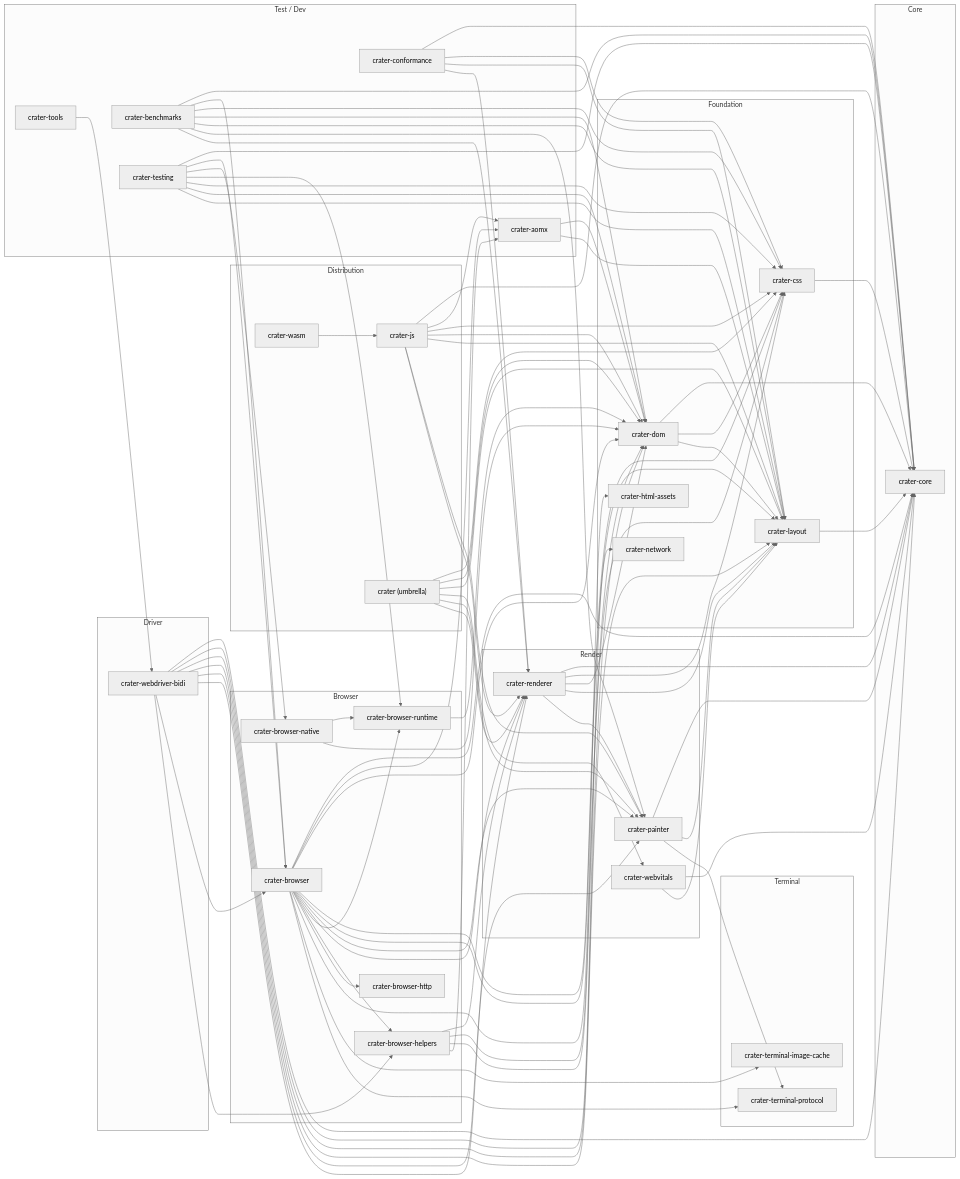
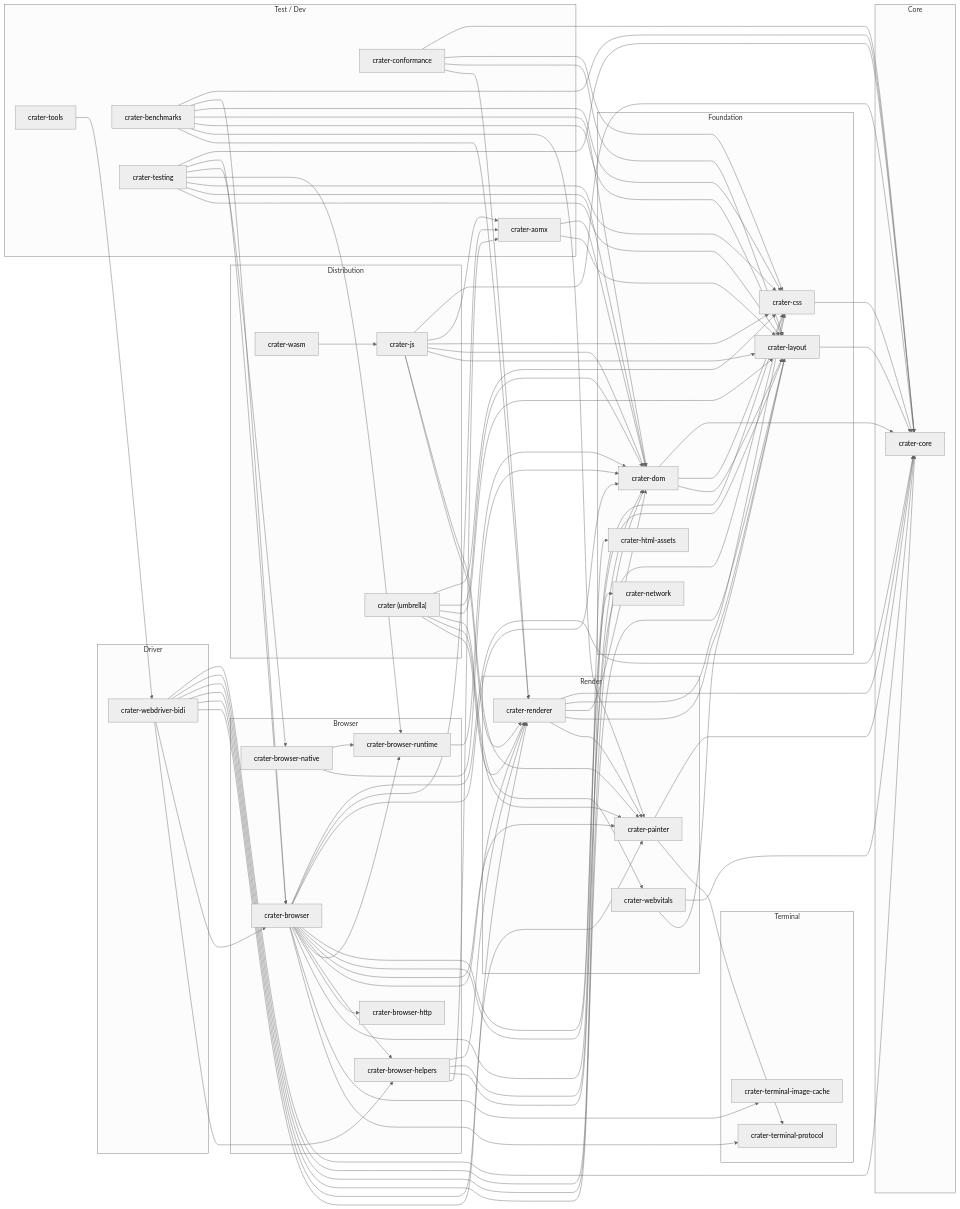
One commit to mizchi/crater changed the diagram in docs/module-graph.md. Above: the diagram before and after it, drawn with Mermaid (neutral theme). The commit also changed other lines of this file and 52 other files, not shown here.

```diff
--- a/docs/module-graph.md
+++ b/docs/module-graph.md
@@ -101,7 +101,6 @@
   mizchi_crater --> mizchi_crater_painter
   mizchi_crater --> mizchi_crater_renderer
   mizchi_crater_painter --> mizchi_crater_core
-  mizchi_crater_painter --> mizchi_crater_layout
   mizchi_crater_painter --> mizchi_crater_terminal_protocol
   mizchi_crater_renderer --> mizchi_crater_core
   mizchi_crater_renderer --> mizchi_crater_css
```
